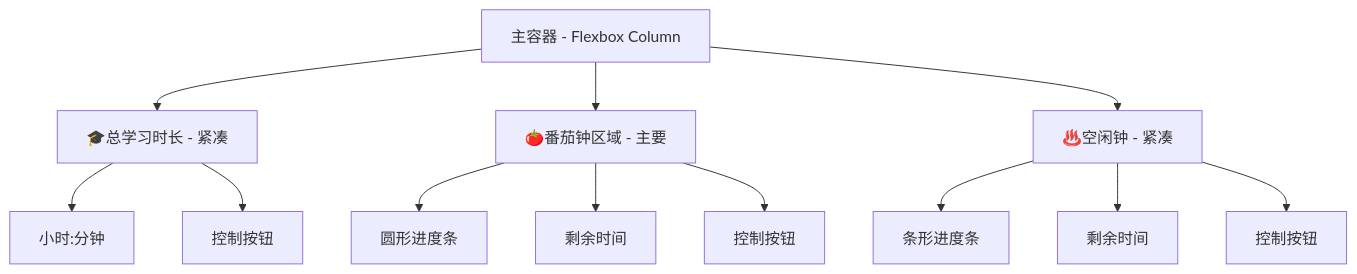
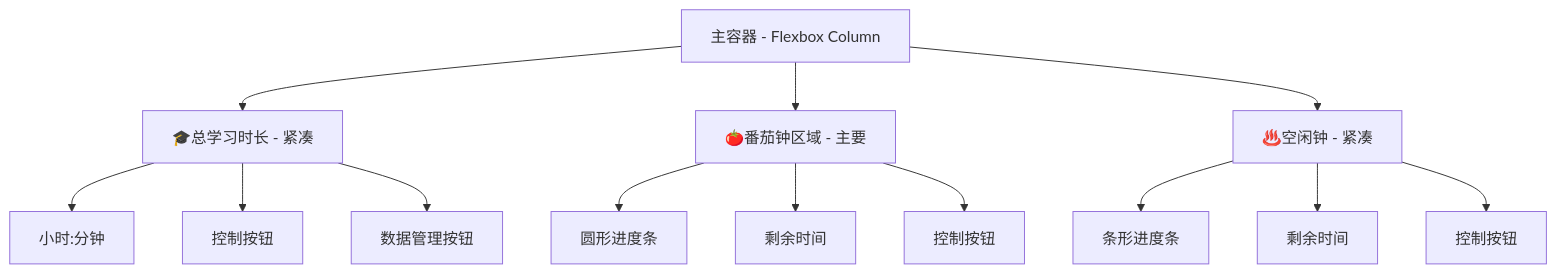
The third of 3 diagrams in docs/design.md (PJ-568/time-of-studying), drawn with Mermaid before and after one commit. The commit also changed other lines of this file and 1 other file, not shown here.

First line of the commit message:
【文档】添加数据管理功能说明与图表节点

````diff
--- a/docs/design.md
+++ b/docs/design.md
@@ -113,17 +116,18 @@
 ```mermaid
 graph TD
     A[主容器 - Flexbox Column] --> B[🎓总学习时长 - 紧凑];
     A --> C[🍅番茄钟区域 - 主要];
     A --> D[♨️空闲钟 - 紧凑];
 
     B --> B1["小时:分钟"];
     B --> B2[控制按钮];
+    B --> B3[数据管理按钮];
 
     C --> C1[圆形进度条];
     C --> C2[剩余时间];
     C --> C3[控制按钮];
 
     D --> D1[条形进度条];
     D --> D2[剩余时间];
     D --> D3[控制按钮];
 ```
````
